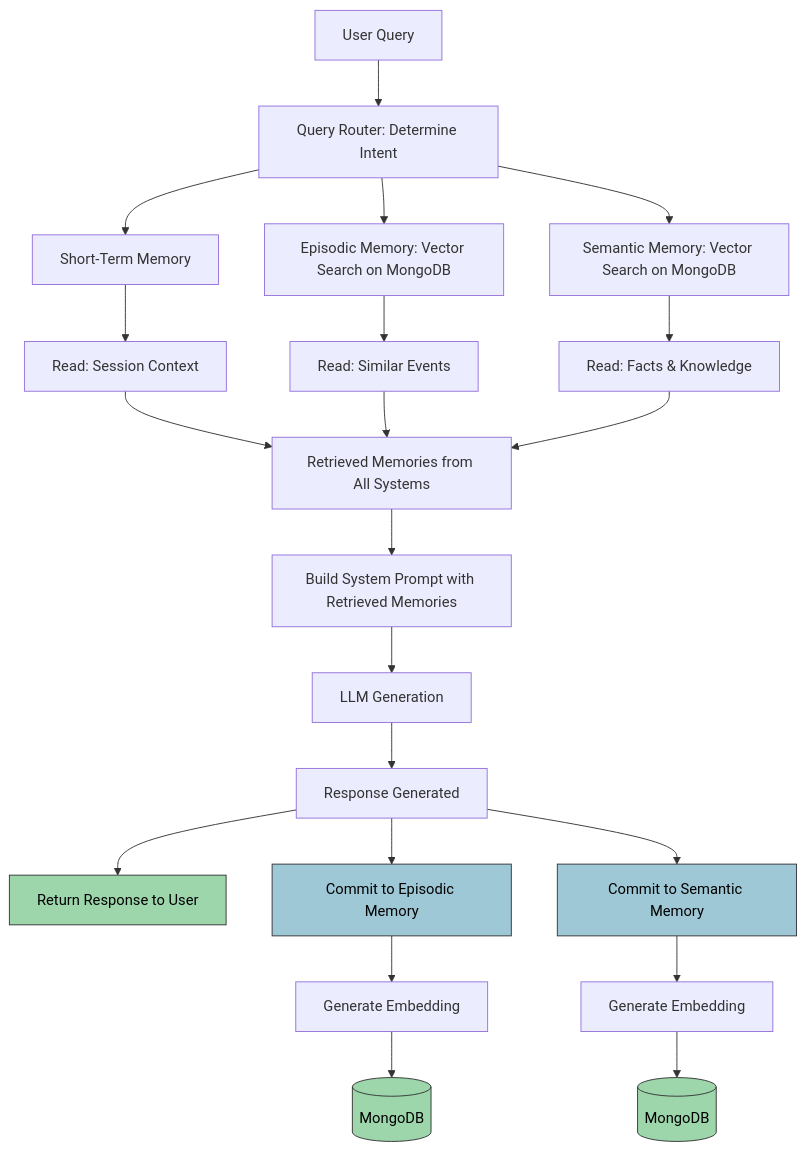
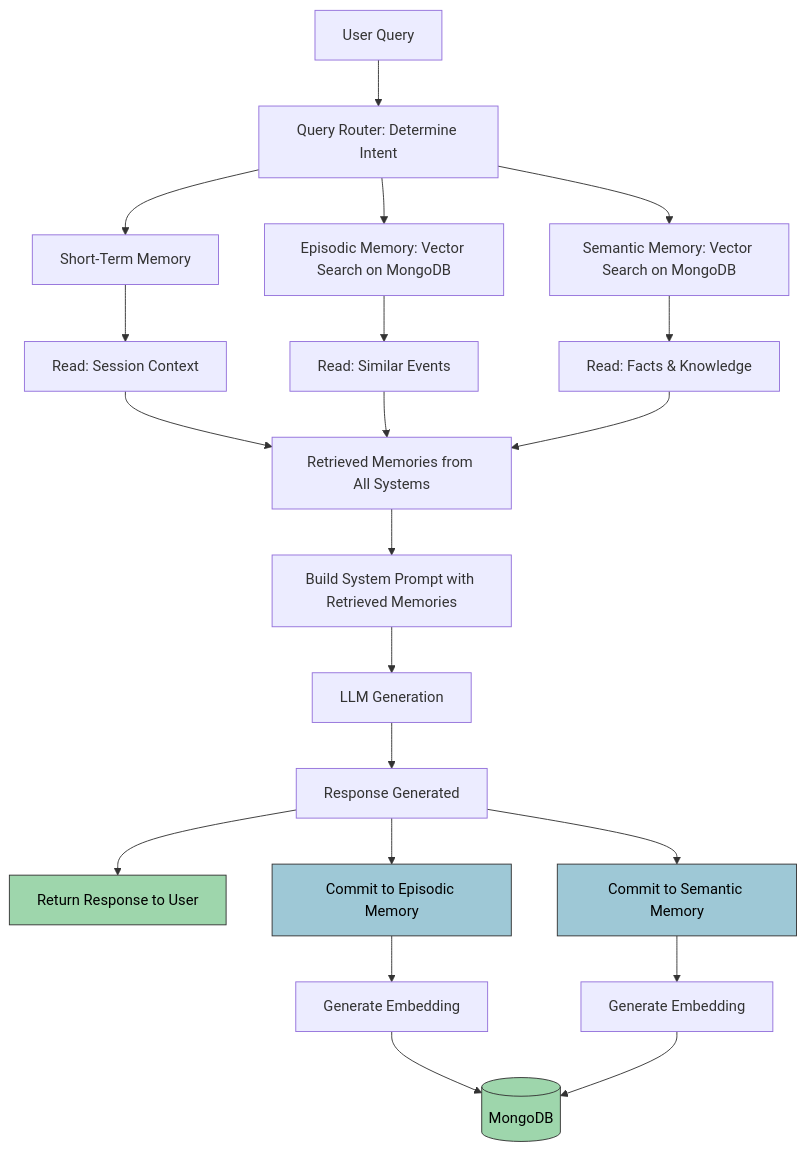
Before and after one commit to fullaware/pensive: the diagram in README.md, drawn with Mermaid.

Commit message:
Further modification on the workflow

````diff
--- a/README.md
+++ b/README.md
@@ -28,35 +28,34 @@
 ```mermaid
 flowchart TD
   userQuery[User Query] --> router[Query Router: Determine Intent]
   router --> shortTerm[Short-Term Memory]
   router --> episodic[Episodic Memory: Vector Search on MongoDB]
   router --> semantic[Semantic Memory: Vector Search on MongoDB]
 
   shortTerm --> shortTermRead[Read: Session Context]
   episodic --> episodicRead[Read: Similar Events]
   semantic --> semanticRead[Read: Facts & Knowledge]
 
   shortTermRead --> queryResults[Retrieved Memories from All Systems]
   episodicRead --> queryResults
   semanticRead --> queryResults
 
   queryResults --> systemPrompt[Build System Prompt with Retrieved Memories]
   systemPrompt --> llm[LLM Generation]
   llm --> response[Response Generated]
 
   response --> userReturn[Return Response to User]
   
   response --> commitEpisodic[Commit to Episodic Memory]
   commitEpisodic --> episodicEmbed[Generate Embedding]
-  episodicEmbed --> episodicDb[(MongoDB)]
+  episodicEmbed --> mongoDb[(MongoDB)]
   
   response --> commitSemantic[Commit to Semantic Memory]
   commitSemantic --> semanticEmbed[Generate Embedding]
-  semanticEmbed --> semanticDb[(MongoDB)]
+  semanticEmbed --> mongoDb
 
   style userReturn fill:#9ed6ac,stroke:#333, color:#000
-  style episodicDb fill:#9ed6ac,stroke:#333, color:#000
-  style semanticDb fill:#9ed6ac,stroke:#333, color:#000
+  style mongoDb fill:#9ed6ac,stroke:#333, color:#000
   style commitEpisodic fill:#9ec8d6,stroke:#333, color:#000
   style commitSemantic fill:#9ec8d6,stroke:#333, color:#000
 ```
````
